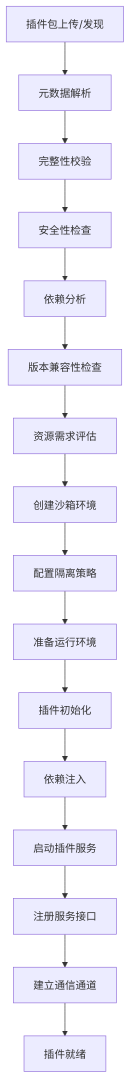
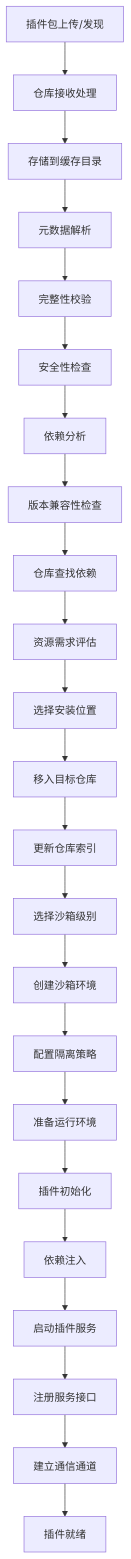
One commit to ababbabbb/flask_plugins changed the fourth of 7 diagrams in docs/design/20250601.md. Above: the diagram before and after it, drawn with Mermaid. The commit also changed other lines of this file and 6 other files, not shown here.

````diff
--- a/docs/design/20250601.md
+++ b/docs/design/20250601.md
@@ -256,22 +692,30 @@
 ```mermaid
 graph TD
-    A[插件包上传/发现] --> B1[元数据解析]
-    B1 --> B2[完整性校验]
-    B2 --> B3[安全性检查]
-    
-    B3 --> C1[依赖分析]
+    A[插件包上传/发现] --> B1[仓库接收处理]
+    B1 --> B2[存储到缓存目录]
+    B2 --> B3[元数据解析]
+    B3 --> B4[完整性校验]
+    B4 --> B5[安全性检查]
+  
+    B5 --> C1[依赖分析]
     C1 --> C2[版本兼容性检查]
-    C2 --> C3[资源需求评估]
-    
-    C3 --> D1[创建沙箱环境]
-    D1 --> D2[配置隔离策略]
-    D2 --> D3[准备运行环境]
-    
-    D3 --> E1[插件初始化]
-    E1 --> E2[依赖注入]
-    E2 --> E3[启动插件服务]
-    
-    E3 --> F1[注册服务接口]
-    F1 --> F2[建立通信通道]
-    F2 --> G[插件就绪]
+    C2 --> C3[仓库查找依赖]
+    C3 --> C4[资源需求评估]
+  
+    C4 --> D1[选择安装位置]
+    D1 --> D2[移入目标仓库]
+    D2 --> D3[更新仓库索引]
+  
+    D3 --> E1[选择沙箱级别]
+    E1 --> E2[创建沙箱环境]
+    E2 --> E3[配置隔离策略]
+    E3 --> E4[准备运行环境]
+  
+    E4 --> F1[插件初始化]
+    F1 --> F2[依赖注入]
+    F2 --> F3[启动插件服务]
+  
+    F3 --> G1[注册服务接口]
+    G1 --> G2[建立通信通道]
+    G2 --> H[插件就绪]
 ```
````
